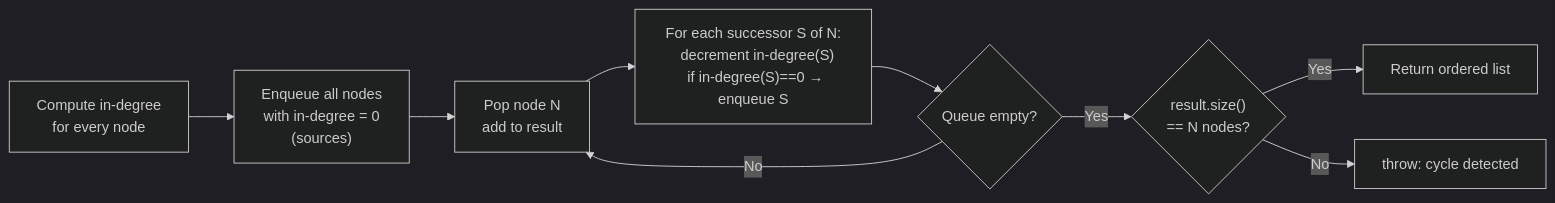
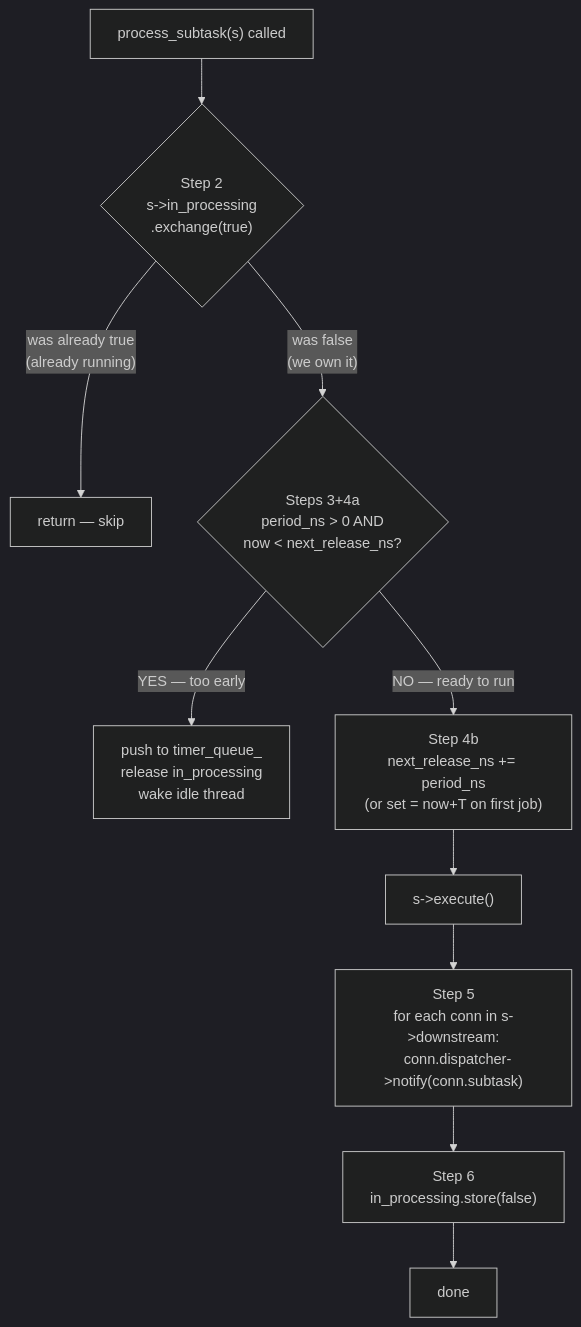
Before and after one commit to Tassany/Real-time-middleware: the eighth of 11 diagrams in docs/architecture.md, drawn with Mermaid (dark theme). The commit also changed other lines of this file and 6 other files, not shown here.

````diff
--- a/docs/architecture.md
+++ b/docs/architecture.md
@@ -272,11 +308,18 @@
 ```mermaid
-flowchart LR
-    A["Compute in-degree\nfor every node"] --> B["Enqueue all nodes\nwith in-degree = 0\n(sources)"]
-    B --> C["Pop node N\nadd to result"]
-    C --> D["For each successor S of N:\n  decrement in-degree(S)\n  if in-degree(S)==0 → enqueue S"]
-    D --> E{"Queue empty?"}
-    E -- No --> C
-    E -- Yes --> F{"result.size()\n== N nodes?"}
-    F -- Yes --> G["Return ordered list"]
-    F -- No --> H["throw: cycle detected"]
+flowchart TD
+    A["process_subtask(s) called"] --> B
+
+    B{"Step 2\ns->in_processing\n.exchange(true)"}
+    B -- "was already true\n(already running)" --> Z["return — skip"]
+    B -- "was false\n(we own it)" --> C
+
+    C{"Steps 3+4a\nperiod_ns > 0 AND\nnow < next_release_ns?"}
+    C -- "YES — too early" --> D["push to timer_queue_\nrelease in_processing\nwake idle thread"]
+    C -- "NO — ready to run" --> E
+
+    E["Step 4b\nnext_release_ns += period_ns\n(or set = now+T on first job)"]
+    E --> F["s->execute()"]
+    F --> G["Step 5\nfor each conn in s->downstream:\n  conn.dispatcher->notify(conn.subtask)"]
+    G --> H["Step 6\nin_processing.store(false)"]
+    H --> I["done"]
 ```
````
